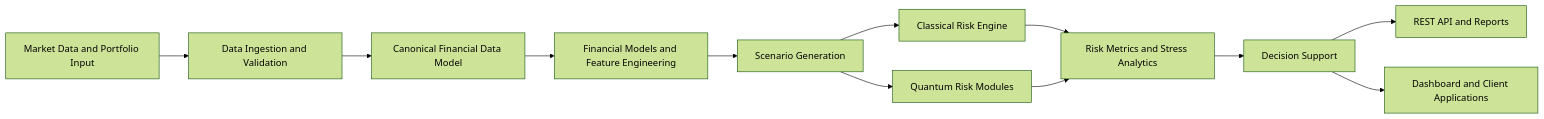
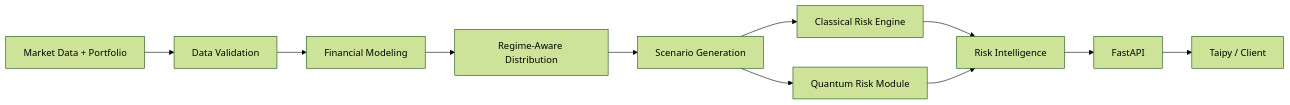
The diagram in README.md (quantstellar-community/sigma), drawn with Mermaid (forest theme) before and after one commit. The commit also changed other lines of this file, not shown here.

````diff
--- a/README.md
+++ b/README.md
@@ -116,14 +181,13 @@
-```mermaid
+``` mermaid
 flowchart LR
-    A[Market Data and Portfolio Input] --> B[Data Ingestion and Validation]
-    B --> C[Canonical Financial Data Model]
-    C --> D[Financial Models and Feature Engineering]
+    A[Market Data + Portfolio] --> B[Data Validation]
+    B --> C[Financial Modeling]
+    C --> D[Regime-Aware Distribution]
     D --> E[Scenario Generation]
     E --> F[Classical Risk Engine]
-    E --> G[Quantum Risk Modules]
-    F --> H[Risk Metrics and Stress Analytics]
+    E --> G[Quantum Risk Module]
+    F --> H[Risk Intelligence]
     G --> H
-    H --> I[Decision Support]
-    I --> J[REST API and Reports]
-    I --> K[Dashboard and Client Applications]
+    H --> I[FastAPI]
+    I --> J[Taipy / Client]
 ```
````
